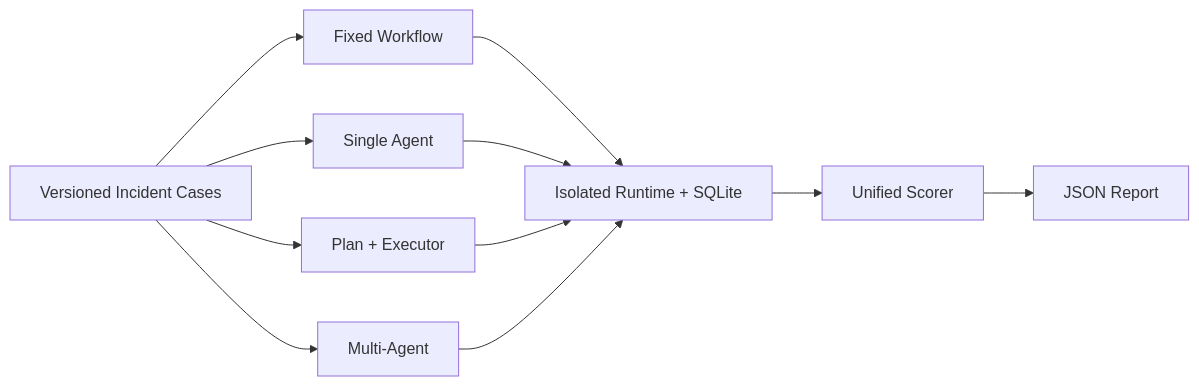
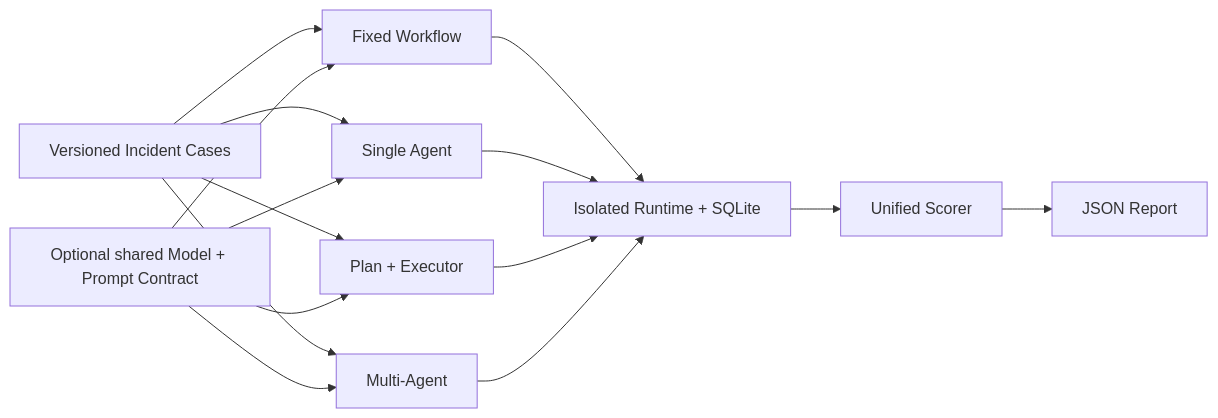
The second of 3 diagrams in projects/enterprise-agent/architecture.md (WeSsZz/AI-Engineer-Roadmap-2026), drawn with Mermaid before and after one commit. The commit also changed other lines of this file and 12 other files, not shown here.

````diff
--- a/projects/enterprise-agent/architecture.md
+++ b/projects/enterprise-agent/architecture.md
@@ -112,13 +112,17 @@
 ```mermaid
 flowchart LR
     DS["Versioned Incident Cases"] --> FW["Fixed Workflow"]
     DS --> SA["Single Agent"]
     DS --> PE["Plan + Executor"]
     DS --> MA["Multi-Agent"]
+    MP["Optional shared Model + Prompt Contract"] --> FW
+    MP --> SA
+    MP --> PE
+    MP --> MA
     FW --> ISO["Isolated Runtime + SQLite"]
     SA --> ISO
     PE --> ISO
     MA --> ISO
     ISO --> SC["Unified Scorer"]
     SC --> RP["JSON Report"]
 ```
````
